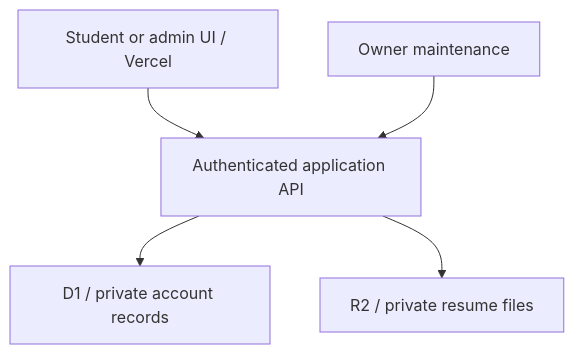
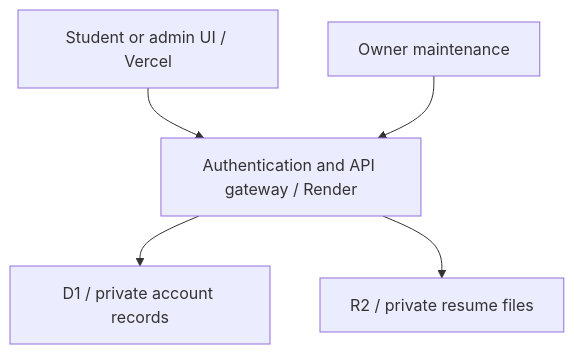
Before and after one commit to varshithyadav17/nextrole: the diagram in README.md, drawn with Mermaid. The commit also changed other lines of this file and 6 other files, not shown here.

````diff
--- a/README.md
+++ b/README.md
@@ -83,7 +83,7 @@
 ```mermaid
 flowchart TD
-  A["Student or admin UI / Vercel"] --> B["Authenticated application API"]
+  A["Student or admin UI / Vercel"] --> B["Authentication and API gateway / Render"]
   B --> C["D1 / private account records"]
   B --> D["R2 / private resume files"]
   E["Owner maintenance"] --> B
 ```
````
